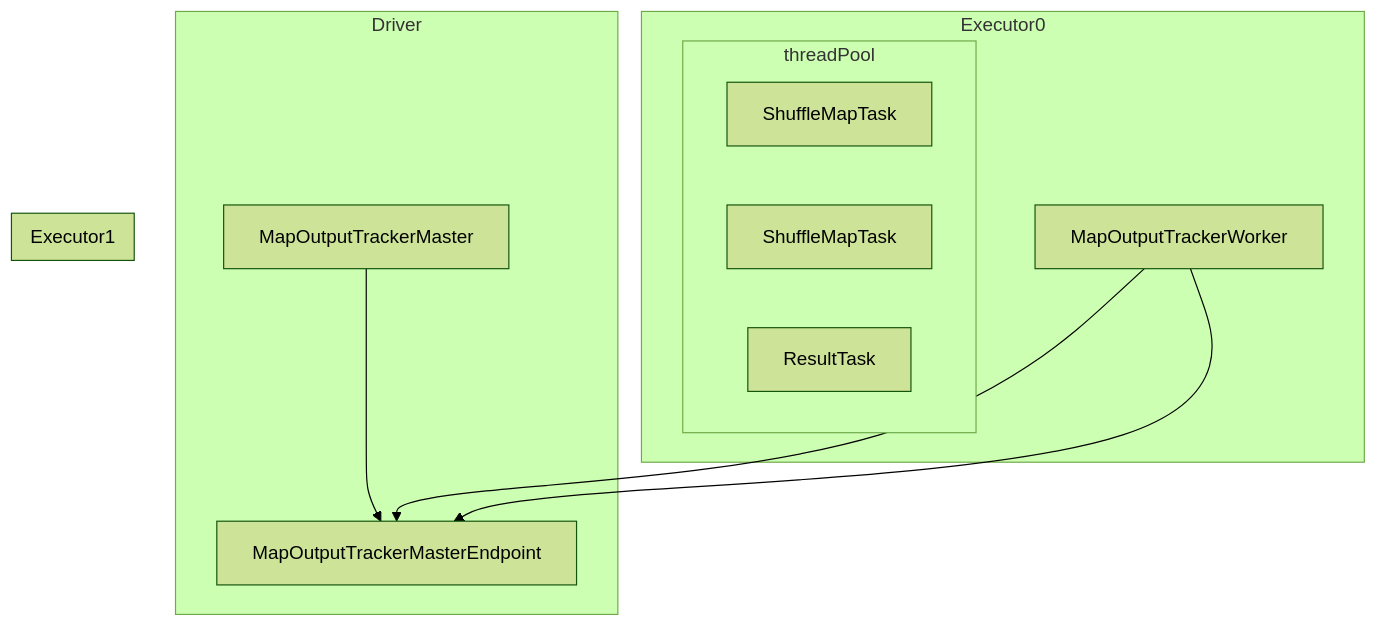
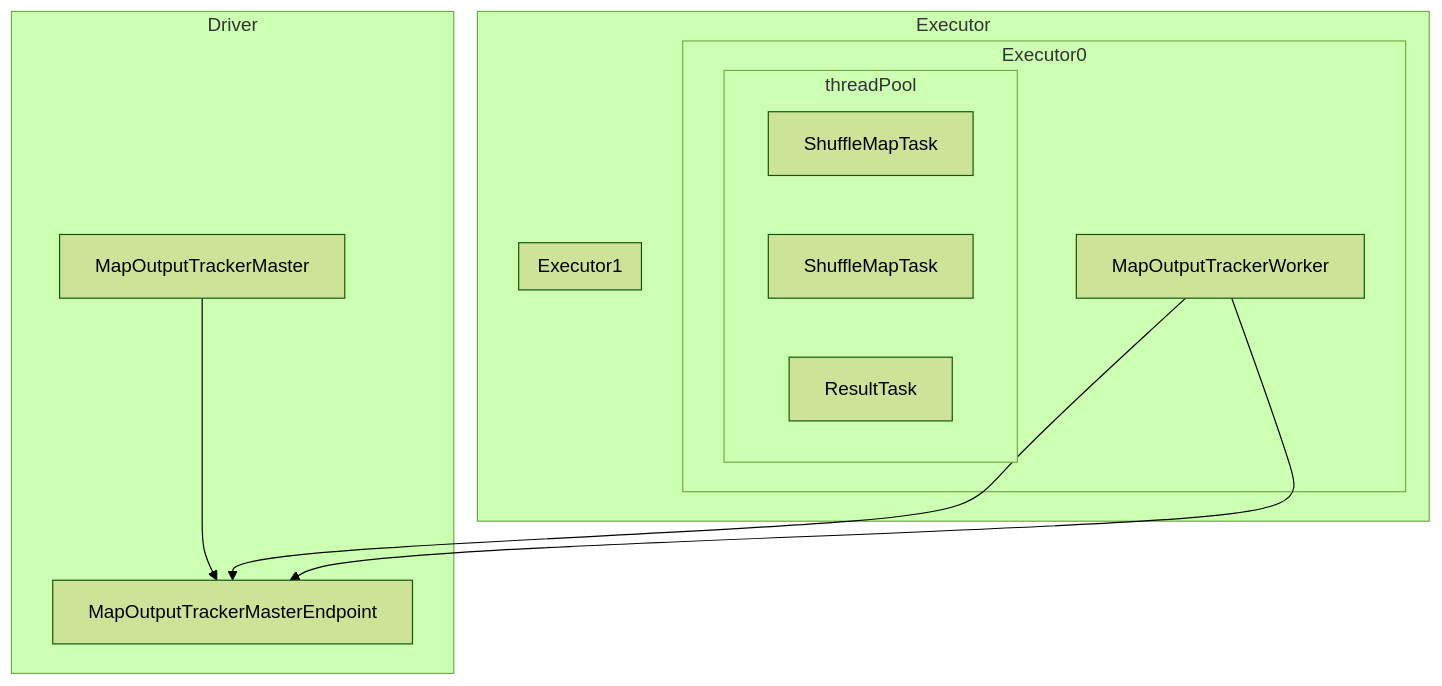
One commit to mzl9039/mzl9039.github.io changed the diagram in _posts/2018-4-10-spark-源码分析-MapOutputTracker原理.md. Above: the diagram before and after it, drawn with Mermaid (forest theme). The commit also changed 1 other file, not shown here.

Commit message:
test mermaid

```diff
--- a/_posts/2018-4-10-spark-源码分析-MapOutputTracker原理.md
+++ b/_posts/2018-4-10-spark-源码分析-MapOutputTracker原理.md
@@ -30,20 +30,22 @@
 <div class="mermaid">
 graph TD
     subgraph Driver
         MapOutputTrackerMaster-->MapOutputTrackerMasterEndpoint
     end
-    subgraph Executor0
-        MapOutputTrackerWorker-->MapOutputTrackerMasterEndpoint
-        subgraph threadPool
-            ShuffleMapTask1[ShuffleMapTask]
-            ShuffleMapTask2[ShuffleMapTask]
-            ResultTask[ResultTask]
+    subgraph Executor
+        subgraph Executor0
+            MapOutputTrackerWorker-->MapOutputTrackerMasterEndpoint
+            subgraph threadPool
+                ShuffleMapTask1[ShuffleMapTask]
+                ShuffleMapTask2[ShuffleMapTask]
+                ResultTask[ResultTask]
+            end
         end
-    end
-    subgraph Executor1
-        MapOutputTrackerWorker-->MapOutputTrackerMasterEndpoint
-        subgraph threadPool
-            ResultTask[ResultTask]
+        subgraph Executor1
+            MapOutputTrackerWorker-->MapOutputTrackerMasterEndpoint
+            subgraph threadPool
+                ResultTask[ResultTask]
+            end
         end
     end
 </div>
```
